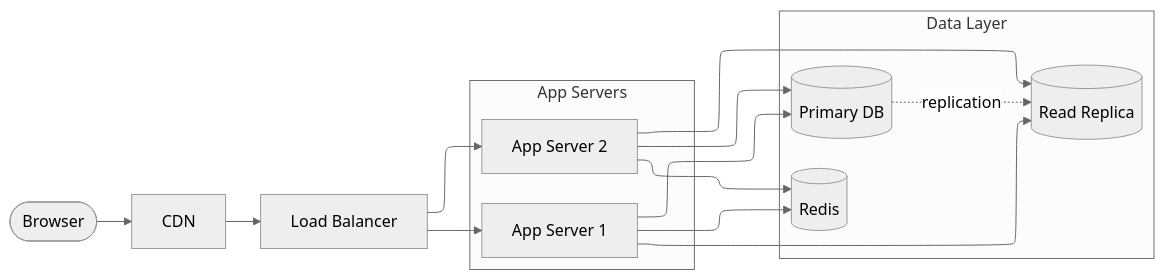
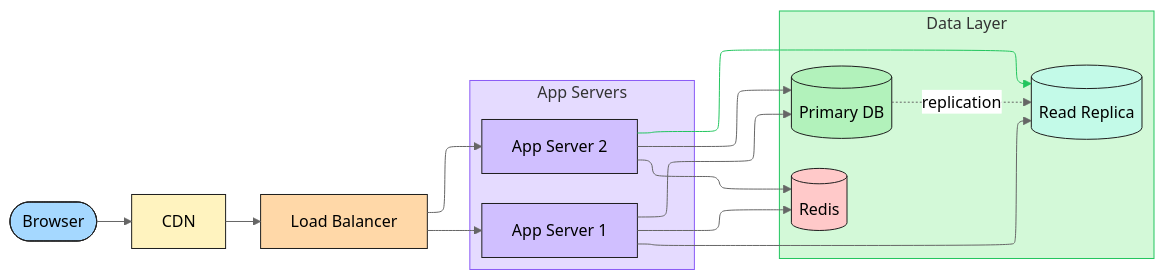
One commit to esciara/gascity changed the second of 4 diagrams in docs/diagrams-comparison/index.mdx. Above: the diagram before and after it, drawn with Mermaid (neutral theme). The commit also changed other lines of this file and 12 other files, not shown here.

First line of the commit message:
docs(diagrams): port Excalidraw palette to Mermaid + D2; add Excalidraw setup guide

````diff
--- a/docs/diagrams-comparison/index.mdx
+++ b/docs/diagrams-comparison/index.mdx
@@ -44,24 +54,37 @@
 ```mermaid
 %%{init: {'flowchart': {'defaultRenderer': 'elk'}}}%%
 flowchart LR
   browser([Browser]) --> cdn[CDN]
   cdn --> lb[Load Balancer]
   subgraph apps[App Servers]
     app1[App Server 1]
     app2[App Server 2]
   end
   lb --> app1
   lb --> app2
   subgraph data[Data Layer]
     db[(Primary DB)]
     replica[(Read Replica)]
     cache[(Redis)]
   end
   app1 --> db
   app1 --> replica
   app1 --> cache
   app2 --> db
   app2 --> replica
   app2 --> cache
   db -. replication .-> replica
+
+  style browser fill:#a5d8ff,stroke:#1e1e1e
+  style cdn fill:#fff3bf,stroke:#1e1e1e
+  style lb fill:#ffd8a8,stroke:#1e1e1e
+  style app1 fill:#d0bfff,stroke:#1e1e1e
+  style app2 fill:#d0bfff,stroke:#1e1e1e
+  style db fill:#b2f2bb,stroke:#1e1e1e
+  style replica fill:#c3fae8,stroke:#1e1e1e
+  style cache fill:#ffc9c9,stroke:#1e1e1e
+  style apps fill:#e5dbff,stroke:#8b5cf6
+  style data fill:#d3f9d8,stroke:#22c55e
+
+  linkStyle 8 stroke:#22c55e
 ```
````
